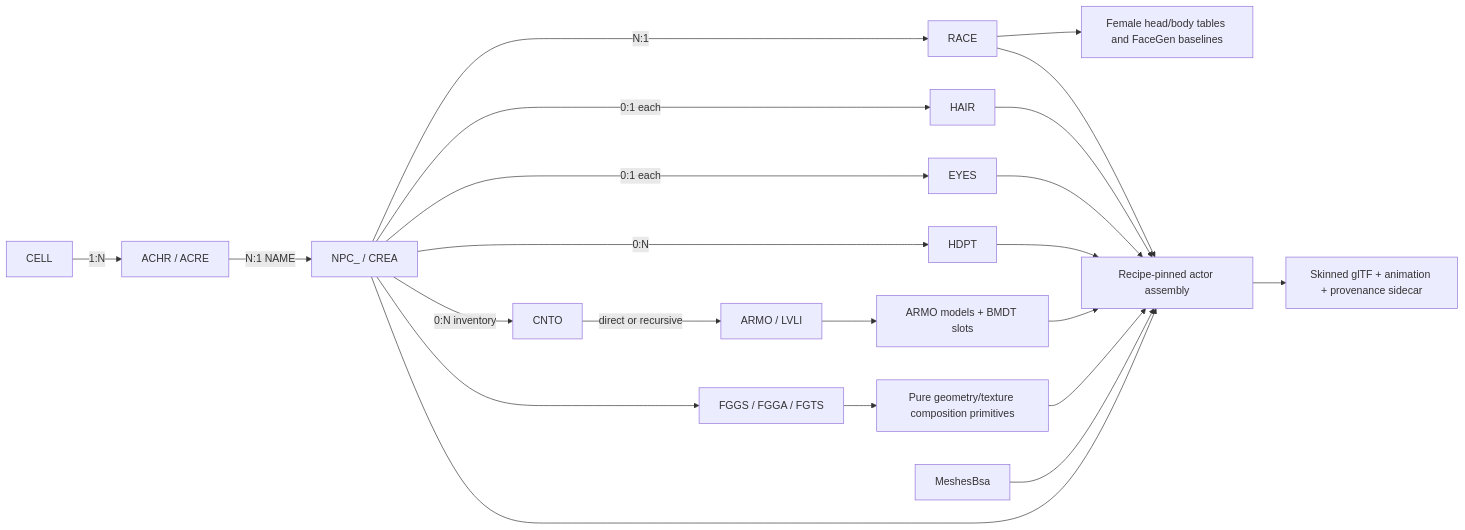
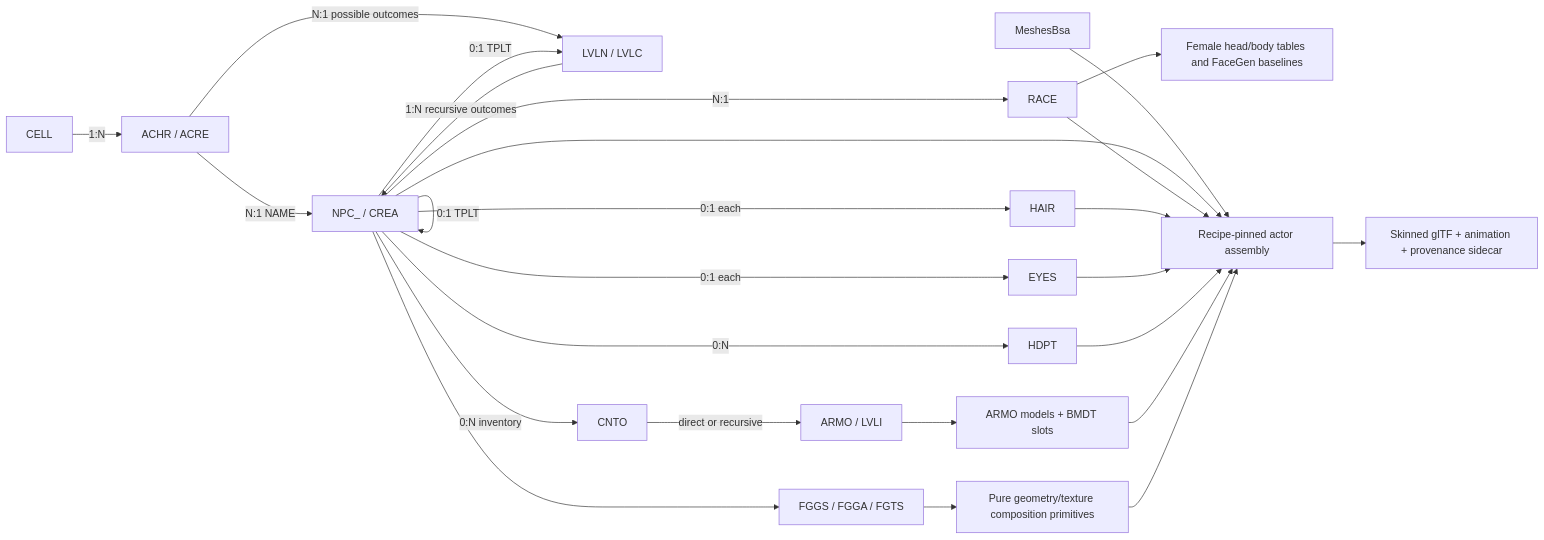
One commit to nikamigaming-create/OpenNV changed the third of 5 diagrams in docs/architecture.md. Above: the diagram before and after it, drawn with Mermaid. The commit also changed other lines of this file and 12 other files, not shown here.

````diff
--- a/docs/architecture.md
+++ b/docs/architecture.md
@@ -61,24 +64,28 @@
 ```mermaid
 flowchart LR
     Cell[CELL] -->|1:N| ActorRef[ACHR / ACRE]
     ActorRef -->|N:1 NAME| ActorBase[NPC_ / CREA]
+    ActorRef -->|N:1 possible outcomes| ActorLevel[LVLN / LVLC]
+    ActorBase -->|0:1 TPLT| ActorBase
+    ActorBase -->|0:1 TPLT| ActorLevel
+    ActorLevel -->|1:N recursive outcomes| ActorBase
     ActorBase -->|N:1| Race[RACE]
     ActorBase -->|0:1 each| Hair[HAIR]
     ActorBase -->|0:1 each| Eyes[EYES]
     ActorBase -->|0:N| HeadPart[HDPT]
     ActorBase -->|0:N inventory| Inventory[CNTO]
     Inventory -->|direct or recursive| Leveled[ARMO / LVLI]
     Leveled --> Armor[ARMO models + BMDT slots]
     ActorBase --> FaceGen[FGGS / FGGA / FGTS]
     Race --> Baseline[Female head/body tables and FaceGen baselines]
     FaceGen --> Morph[Pure geometry/texture composition primitives]
     MeshesBsa --> Assembly[Recipe-pinned actor assembly]
     ActorBase --> Assembly
     Race --> Assembly
     Hair --> Assembly
     Eyes --> Assembly
     HeadPart --> Assembly
     Armor --> Assembly
     Morph --> Assembly
     Assembly --> ActorGltf[Skinned glTF + animation + provenance sidecar]
 ```
````
